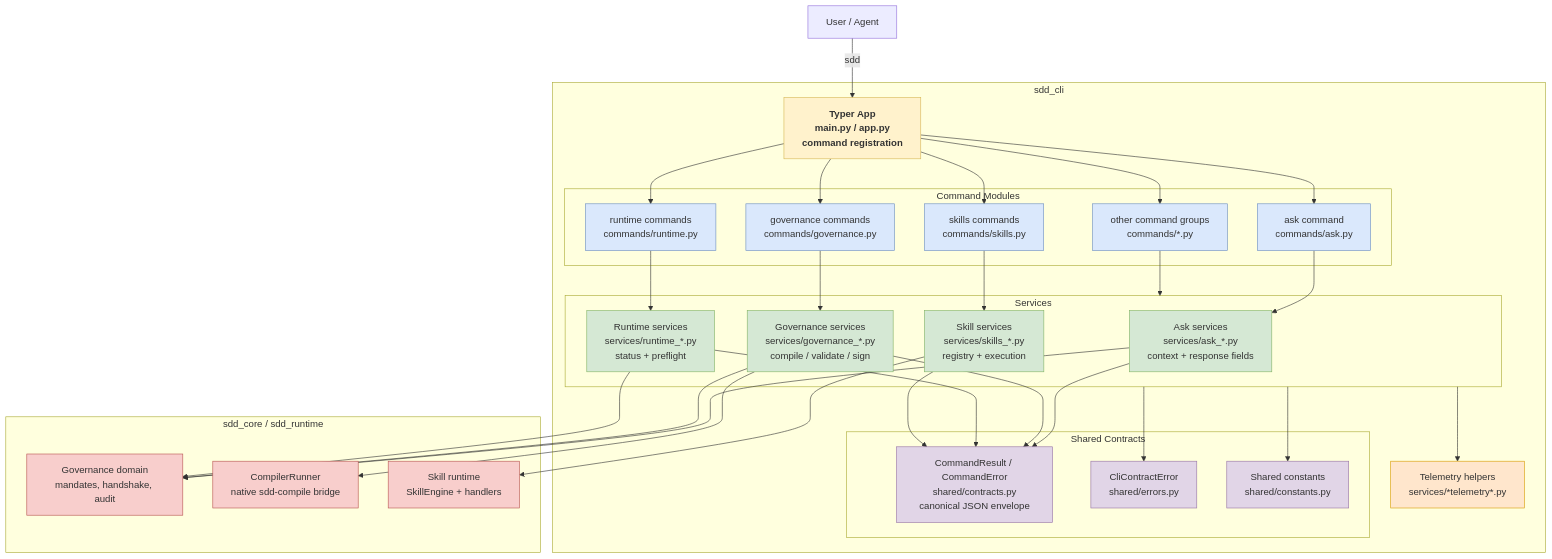
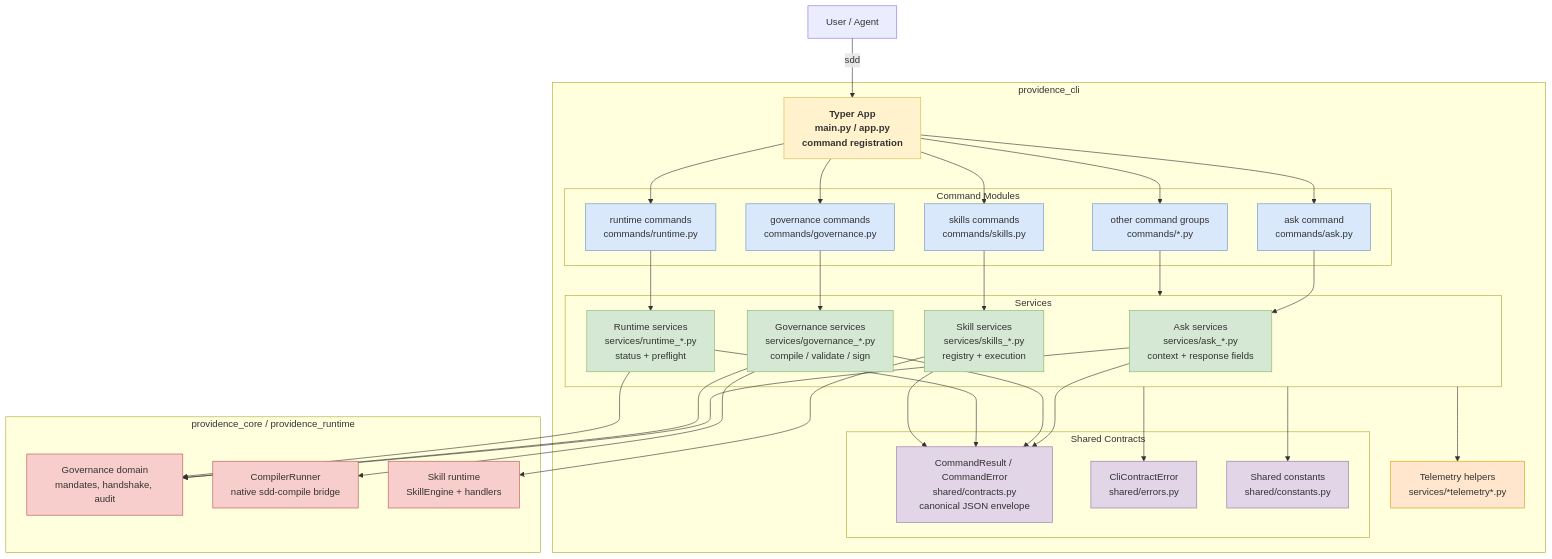
One commit to SergioLacerda/sdd-harness changed the diagram in docs/architecture/c4-components-cli.md. Above: the diagram before and after it, drawn with Mermaid. The commit also changed other lines of this file and 2436 other files, not shown here.

Commit message:
feat: alterado CLI para providence

````diff
--- a/docs/architecture/c4-components-cli.md
+++ b/docs/architecture/c4-components-cli.md
@@ -6,78 +6,78 @@
 ```mermaid
 graph TB
     user["User / Agent"]
 
-    subgraph cli["sdd_cli"]
+    subgraph cli["providence_cli"]
         typerApp["Typer App\nmain.py / app.py\ncommand registration"]
 
         subgraph commands["Command Modules"]
             askCmd["ask command\ncommands/ask.py"]
             govCmd["governance commands\ncommands/governance.py"]
             runtimeCmd["runtime commands\ncommands/runtime.py"]
             skillCmd["skills commands\ncommands/skills.py"]
             otherCmd["other command groups\ncommands/*.py"]
         end
 
         subgraph services["Services"]
             askSvc["Ask services\nservices/ask_*.py\ncontext + response fields"]
             govSvc["Governance services\nservices/governance_*.py\ncompile / validate / sign"]
             runtimeSvc["Runtime services\nservices/runtime_*.py\nstatus + preflight"]
             skillSvc["Skill services\nservices/skills_*.py\nregistry + execution"]
         end
 
         subgraph shared["Shared Contracts"]
             envelope["CommandResult / CommandError\nshared/contracts.py\ncanonical JSON envelope"]
             errors["CliContractError\nshared/errors.py"]
             constants["Shared constants\nshared/constants.py"]
         end
 
         telemetry["Telemetry helpers\nservices/*telemetry*.py"]
     end
 
-    subgraph core["sdd_core / sdd_runtime"]
+    subgraph core["providence_core / providence_runtime"]
         governance["Governance domain\nmandates, handshake, audit"]
         compiler["CompilerRunner\nnative sdd-compile bridge"]
         runtime["Skill runtime\nSkillEngine + handlers"]
     end
 
     user -->|"sdd <group> <command>"| typerApp
     typerApp --> askCmd
     typerApp --> govCmd
     typerApp --> runtimeCmd
     typerApp --> skillCmd
     typerApp --> otherCmd
 
     askCmd --> askSvc
     govCmd --> govSvc
     runtimeCmd --> runtimeSvc
     skillCmd --> skillSvc
     otherCmd --> services
 
     askSvc --> envelope
     govSvc --> envelope
     runtimeSvc --> envelope
     skillSvc --> envelope
     services --> errors
     services --> constants
     services --> telemetry
 
     askSvc --> governance
     govSvc --> governance
     govSvc --> compiler
     runtimeSvc --> governance
     skillSvc --> runtime
 
     classDef entryStyle fill:#fff2cc,stroke:#d6b656,font-weight:bold
     classDef commandStyle fill:#dae8fc,stroke:#6c8ebf
     classDef serviceStyle fill:#d5e8d4,stroke:#82b366
     classDef contractStyle fill:#e1d5e7,stroke:#9673a6
     classDef externalStyle fill:#f8cecc,stroke:#b85450
     classDef telemetryStyle fill:#ffe6cc,stroke:#d79b00
 
     class typerApp entryStyle
     class askCmd,govCmd,runtimeCmd,skillCmd,otherCmd commandStyle
     class askSvc,govSvc,runtimeSvc,skillSvc serviceStyle
     class envelope,errors,constants contractStyle
     class governance,compiler,runtime externalStyle
     class telemetry telemetryStyle
 ```
````
